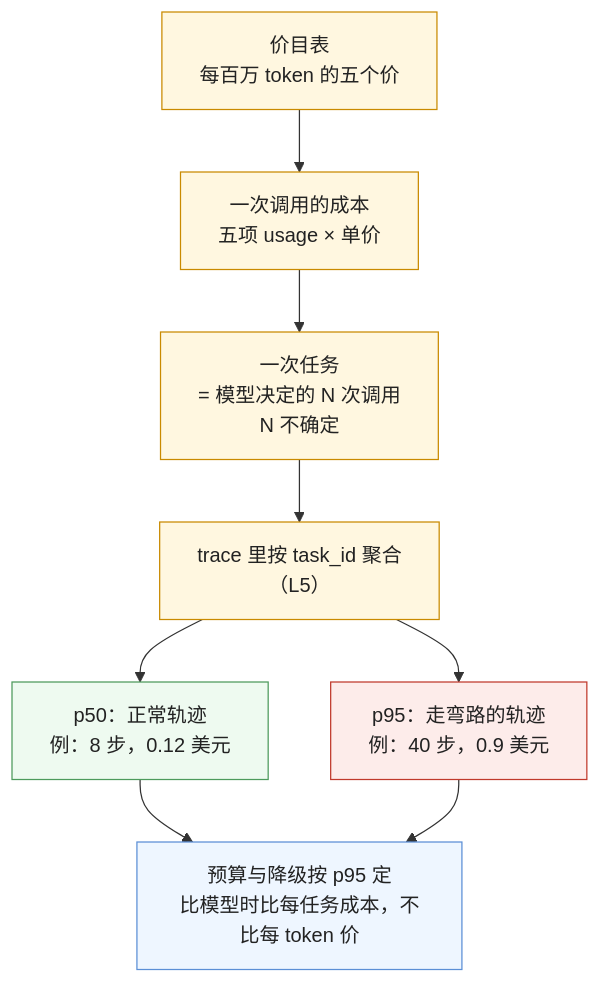
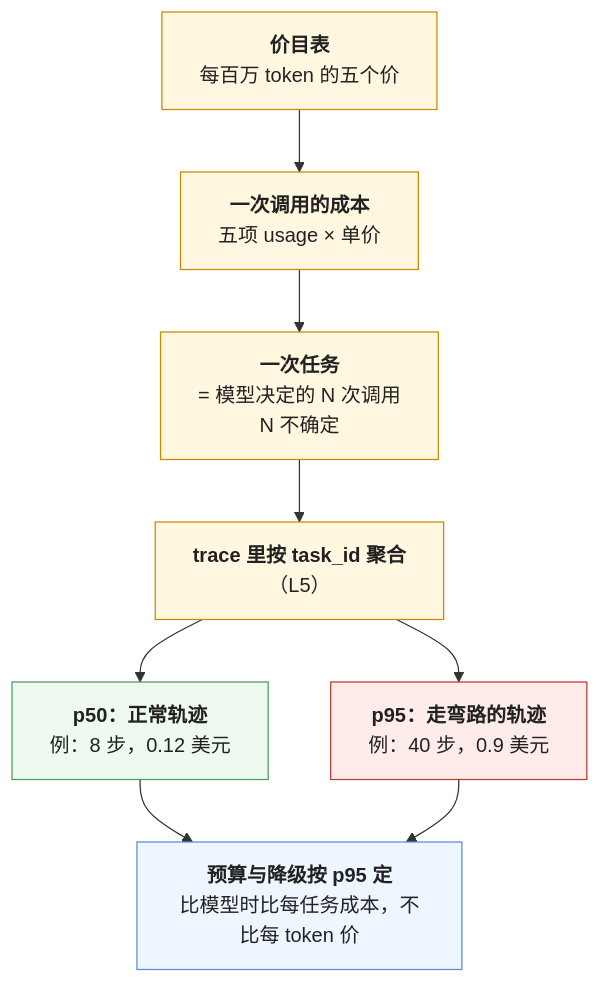
Before and after one commit to arganzheng/arganzheng.github.com: the sixth of 6 diagrams in _posts/2026-10-02-token-cost-and-latency-ledger-for-llm-applications.md, drawn with Mermaid. The commit also changed other lines of this file and 6 other files, not shown here.

First line of the commit message:
模型作为组件：契约、失效模式与选型：Mermaid 多行方框的首行标为标题（7 篇）

````diff
--- a/_posts/2026-10-02-token-cost-and-latency-ledger-for-llm-applications.md
+++ b/_posts/2026-10-02-token-cost-and-latency-ledger-for-llm-applications.md
@@ -279,18 +279,18 @@
 ```mermaid
 %% 图：从每 token 价到每任务成本——一次任务 = 不确定步数的调用，每次调用 = 五项 token × 价目；在 trace 里按任务聚合后看的是分布：p50 是正常轨迹，p95 是走了弯路的那 5%，常是 p50 的 5–10 倍
 flowchart TB
-    P["价目表<br/>每百万 token 的五个价"] --> C["一次调用的成本<br/>五项 usage × 单价"]
-    C --> T["一次任务<br/>= 模型决定的 N 次调用<br/>N 不确定"]
-    T --> A["trace 里按 task_id 聚合<br/>（L5）"]
-    A --> D1["p50：正常轨迹<br/>例：8 步，0.12 美元"]
-    A --> D2["p95：走弯路的轨迹<br/>例：40 步，0.9 美元"]
-    D1 & D2 --> B["预算与降级按 p95 定<br/>比模型时比每任务成本，不比每 token 价"]
+    P["<b>价目表</b><br/>每百万 token 的五个价"] --> C["<b>一次调用的成本</b><br/>五项 usage × 单价"]
+    C --> T["<b>一次任务</b><br/>= 模型决定的 N 次调用<br/>N 不确定"]
+    T --> A["<b>trace 里按 task_id 聚合</b><br/>（L5）"]
+    A --> D1["<b>p50：正常轨迹</b><br/>例：8 步，0.12 美元"]
+    A --> D2["<b>p95：走弯路的轨迹</b><br/>例：40 步，0.9 美元"]
+    D1 & D2 --> B["<b>预算与降级按 p95 定</b><br/>比模型时比每任务成本，不比每 token 价"]
     classDef step fill:#fff7e0,stroke:#c98a00,color:#222
     classDef ok fill:#eefaf0,stroke:#4d9a5c,color:#222
     classDef bad fill:#fdecea,stroke:#c0392b,color:#222
     classDef n fill:#eef6ff,stroke:#5b8fd6,color:#222
     class P,C,T,A step
     class D1 ok
     class D2 bad
     class B n
 ```
````
